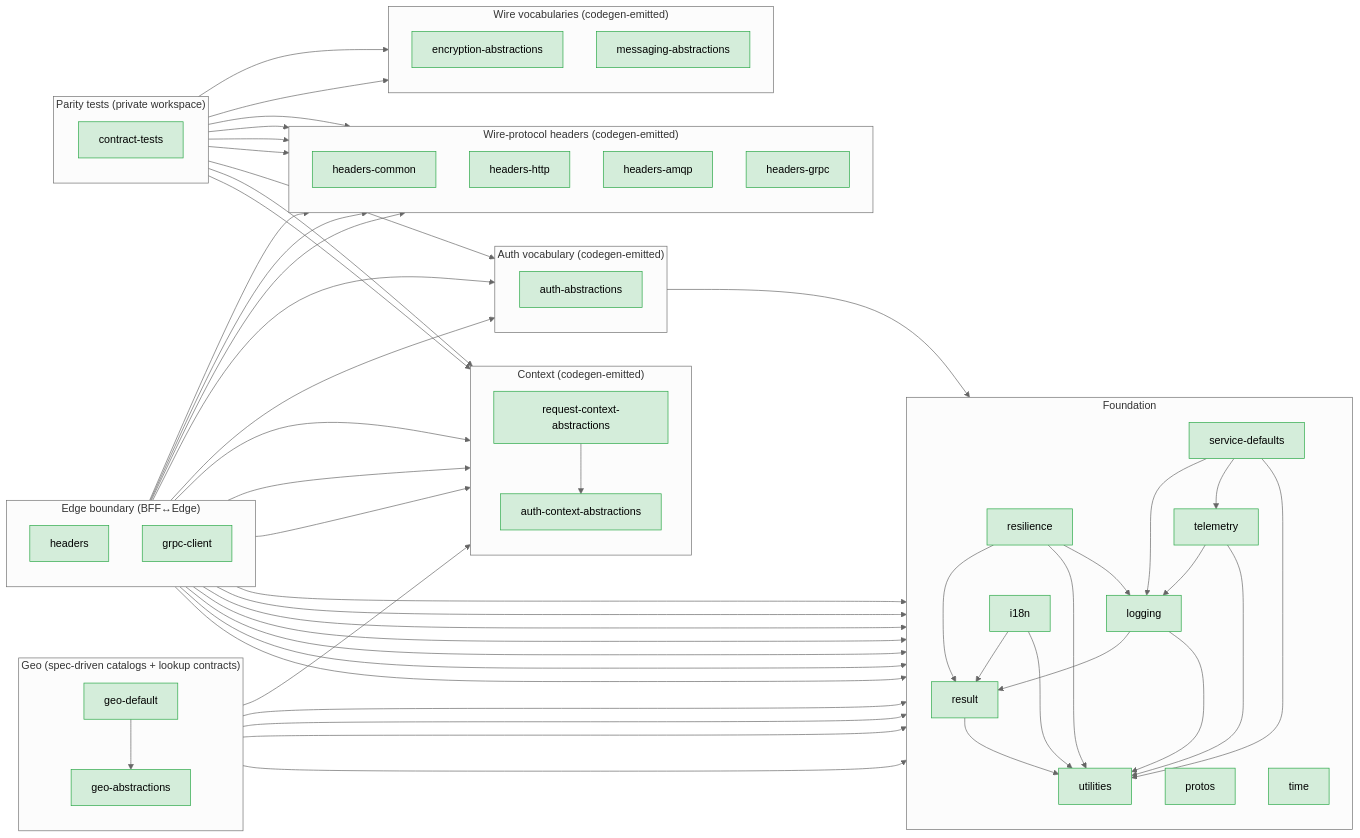
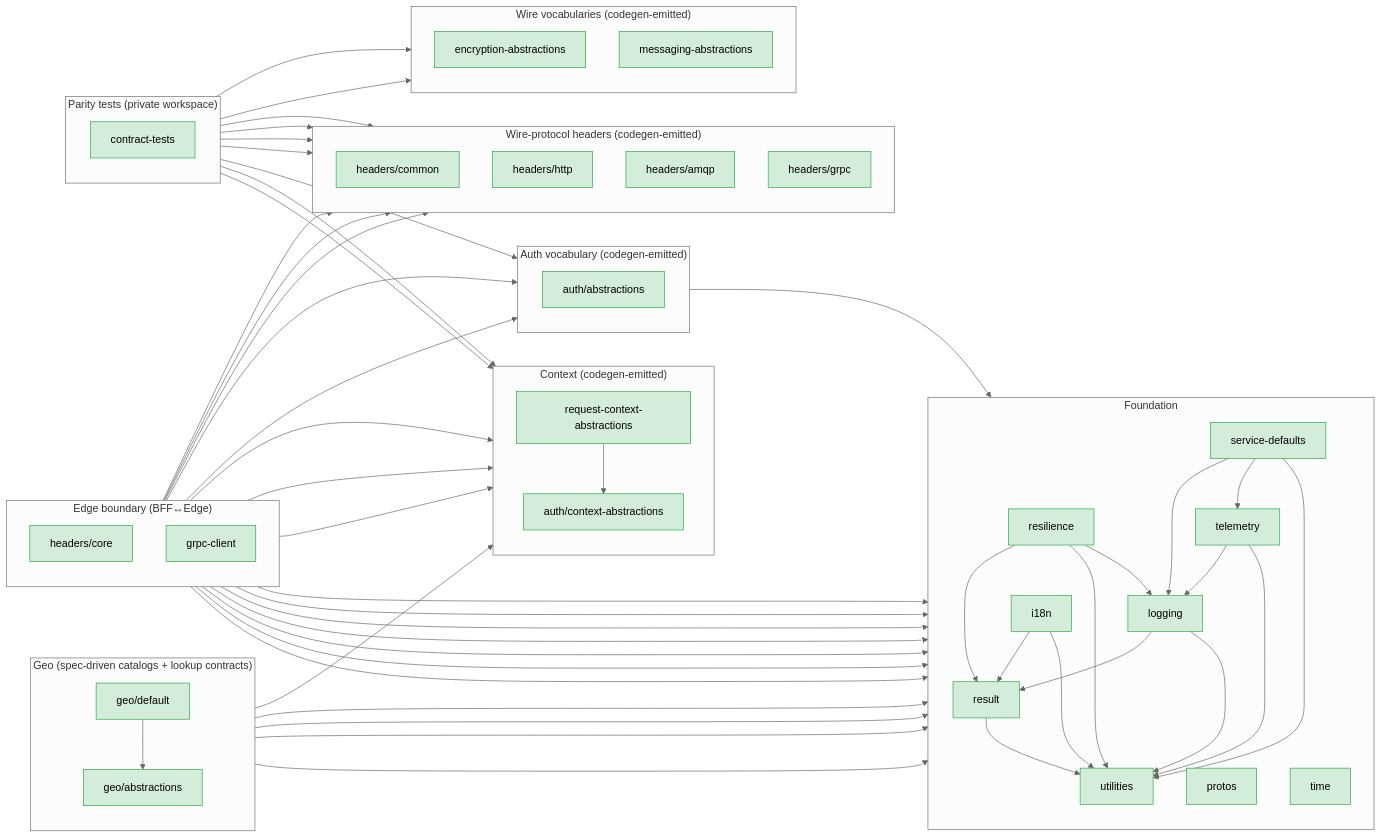
The diagram in server/shared/typescript/README.md (DSCV-io/D2-WORX), drawn with Mermaid (neutral theme) before and after one commit. The commit also changed other lines of this file and 1070 other files, not shown here.

```diff
--- a/server/shared/typescript/README.md
+++ b/server/shared/typescript/README.md
@@ -61,7 +69,7 @@
 
     subgraph CTX["Context (codegen-emitted)"]
         direction TB
-        AuthCtxAbs[auth-context-abstractions]
+        AuthCtxAbs[auth/context-abstractions]
         ReqCtxAbs[request-context-abstractions]
 
         ReqCtxAbs --> AuthCtxAbs
@@ -69,17 +77,17 @@
 
     subgraph AUTH["Auth vocabulary (codegen-emitted)"]
         direction TB
-        AuthAbs[auth-abstractions]
+        AuthAbs[auth/abstractions]
 
         AuthAbs --> Result
     end
 
     subgraph HEADERS["Wire-protocol headers (codegen-emitted)"]
         direction TB
-        HeadersCommon[headers-common]
-        HeadersHttp[headers-http]
-        HeadersAmqp[headers-amqp]
-        HeadersGrpc[headers-grpc]
+        HeadersCommon[headers/common]
+        HeadersHttp[headers/http]
+        HeadersAmqp[headers/amqp]
+        HeadersGrpc[headers/grpc]
     end
 
     subgraph WIRE["Wire vocabularies (codegen-emitted)"]
@@ -90,14 +98,14 @@
 
     subgraph GEO["Geo (spec-driven catalogs + lookup contracts)"]
         direction TB
-        GeoAbs[geo-abstractions]
-        GeoDefault[geo-default]
+        GeoAbs[geo/abstractions]
+        GeoDefault[geo/default]
 
         GeoDefault --> GeoAbs
         GeoAbs --> Result
         GeoAbs --> Utilities
 
-        %% geo-default also depends on result + utilities for D2Result
+        %% geo/default also depends on result + utilities for D2Result
         %% factories + truthyOrUndefined boundary helper, and on
         %% request-context-abstractions for IRequestContext typed accessors.
         GeoDefault --> Result
@@ -107,7 +115,7 @@
 
     subgraph BOUNDARY["Edge boundary (BFF↔Edge)"]
         direction TB
-        Headers[headers]
+        Headers[headers/core]
         GrpcClient[grpc-client]
 
         Headers --> Result
```
